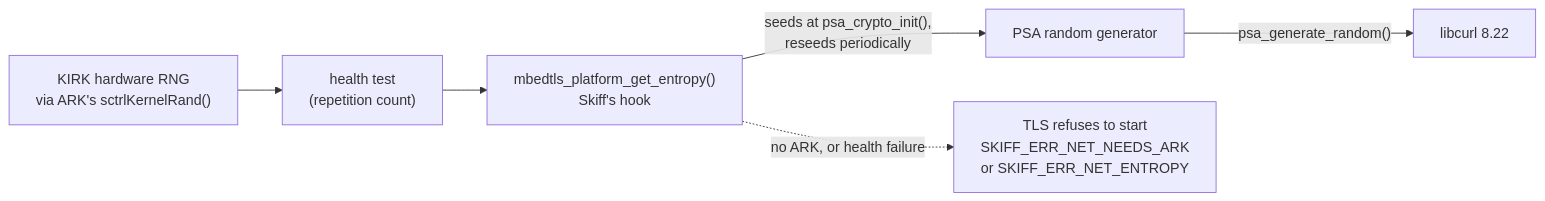
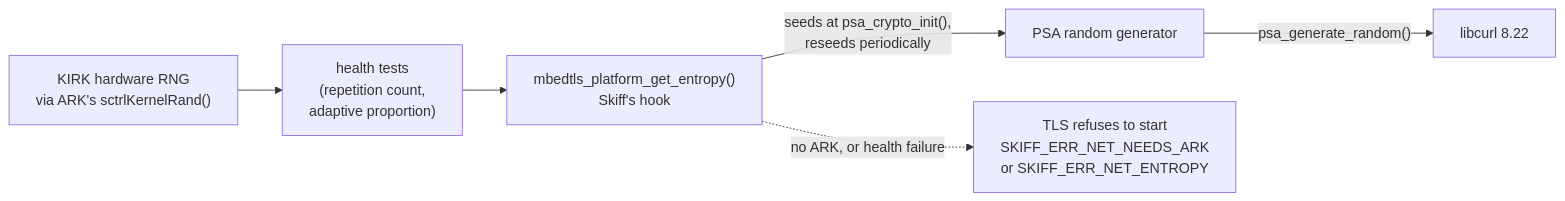
The second of 2 diagrams in docs/development/tls.md (chiva/skiff), drawn with Mermaid before and after one commit. The commit also changed 4 other files, not shown here.

Commit message:
feat(net): add SP 800-90B's adaptive proportion test to the entropy health checks

````diff
--- a/docs/development/tls.md
+++ b/docs/development/tls.md
@@ -72,8 +72,8 @@
 ```mermaid
 flowchart LR
-    kirk["KIRK hardware RNG<br/>via ARK's sctrlKernelRand()"] --> health["health test<br/>(repetition count)"]
+    kirk["KIRK hardware RNG<br/>via ARK's sctrlKernelRand()"] --> health["health tests<br/>(repetition count,<br/>adaptive proportion)"]
     health --> hook["mbedtls_platform_get_entropy()<br/>Skiff's hook"]
     hook -->|"seeds at psa_crypto_init(),<br/>reseeds periodically"| drbg["PSA random generator"]
     drbg -->|"psa_generate_random()"| curl["libcurl 8.22"]
     hook -. "no ARK, or health failure" .-> fail["TLS refuses to start<br/>SKIFF_ERR_NET_NEEDS_ARK<br/>or SKIFF_ERR_NET_ENTROPY"]
 ```
````
